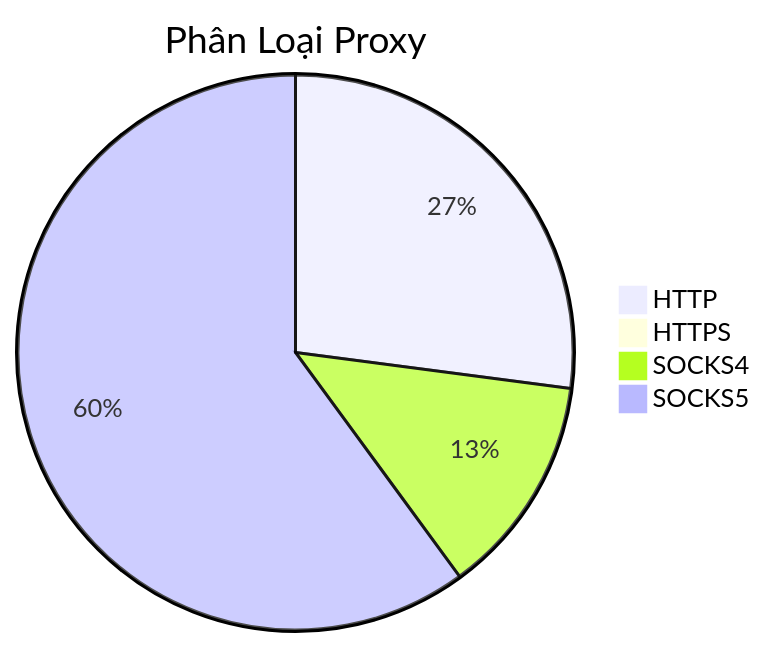
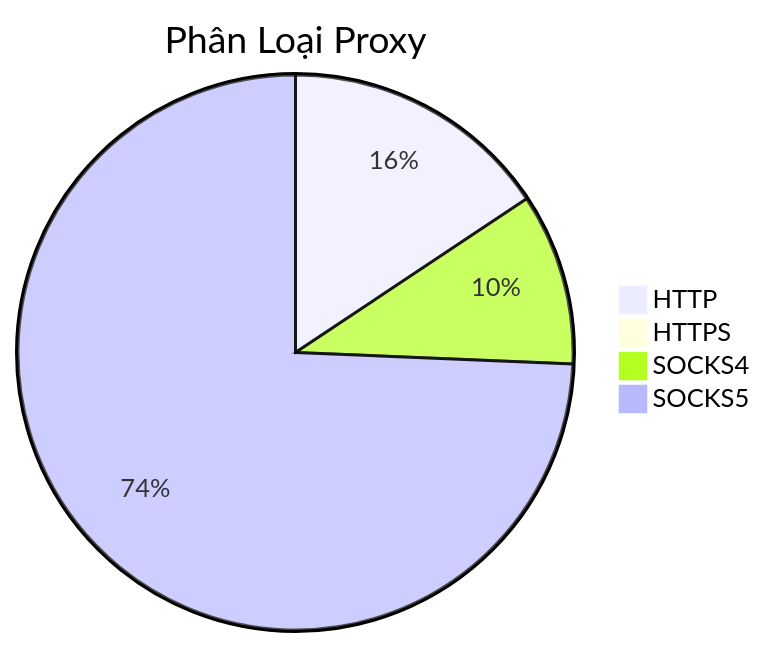
One commit to Ciara-12/PROXY-free changed the diagram in README.md. Above: the diagram before and after it, drawn with Mermaid. The commit also changed other lines of this file and 4 other files, not shown here.

````diff
--- a/README.md
+++ b/README.md
@@ -26,7 +26,7 @@
 ```mermaid
 pie title Phân Loại Proxy
-    "HTTP" : 581
-    "HTTPS" : 6
-    "SOCKS4" : 276
-    "SOCKS5" : 1289
+    "HTTP" : 514
+    "HTTPS" : 2
+    "SOCKS4" : 328
+    "SOCKS5" : 2440
 ```
````
